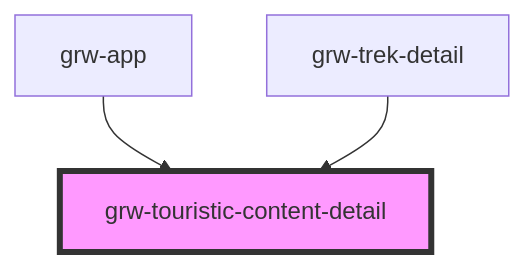
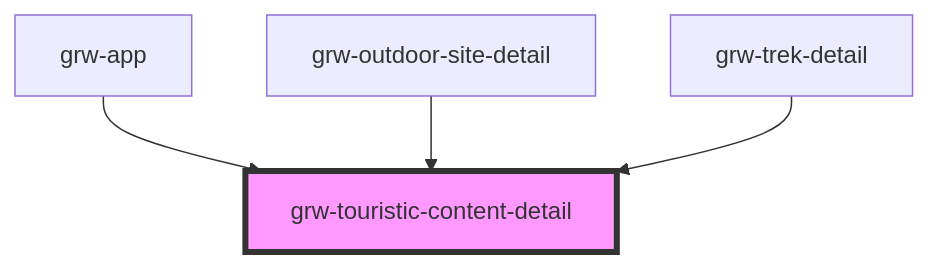
One commit to GeotrekCE/Geotrek-rando-widget changed the diagram in src/components/grw-touristic-content-detail/readme.md. Above: the diagram before and after it, drawn with Mermaid. The commit also changed other lines of this file and 10 other files, not shown here.

Commit message:
fix: handle modal details with outdoor site

````diff
--- a/src/components/grw-touristic-content-detail/readme.md
+++ b/src/components/grw-touristic-content-detail/readme.md
@@ -82,6 +83,7 @@
 ```mermaid
 graph TD;
   grw-app --> grw-touristic-content-detail
+  grw-outdoor-site-detail --> grw-touristic-content-detail
   grw-trek-detail --> grw-touristic-content-detail
   style grw-touristic-content-detail fill:#f9f,stroke:#333,stroke-width:4px
 ```
````
